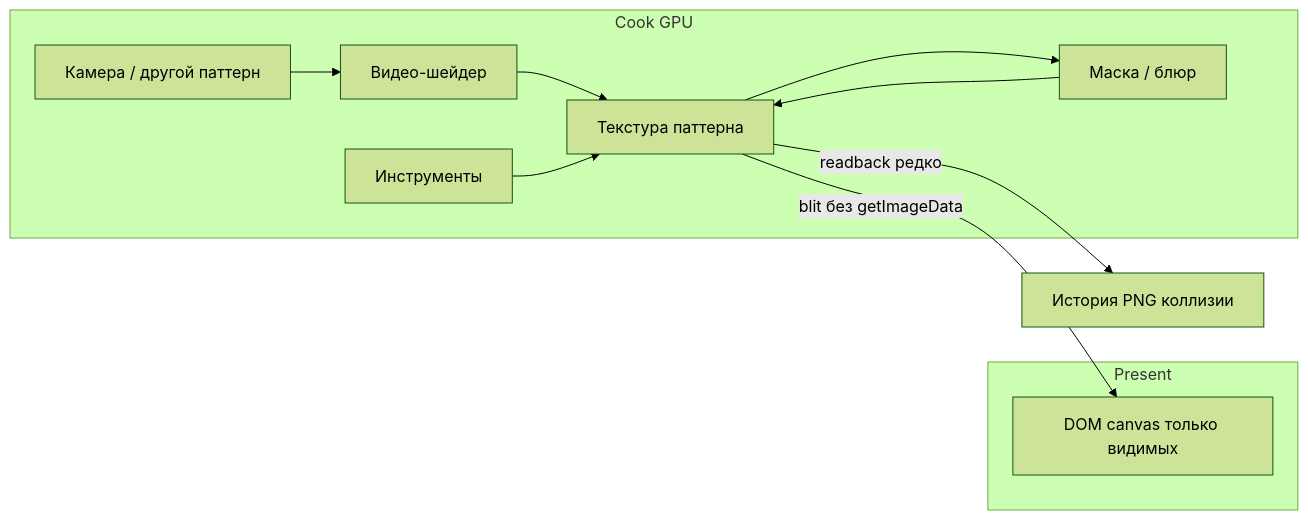
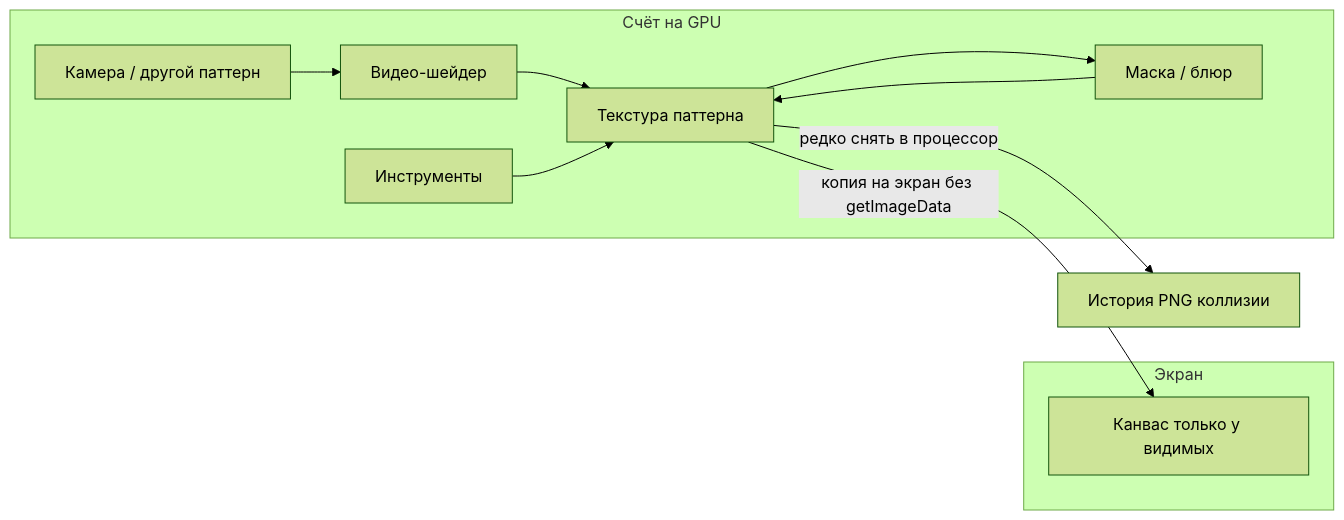
The diagram in docs/tasks/gpu-pipeline/roadmap.md (namenameemail/rasterscape), drawn with Mermaid (forest theme) before and after one commit. The commit also changed other lines of this file and 28 other files, not shown here.

````diff
--- a/docs/tasks/gpu-pipeline/roadmap.md
+++ b/docs/tasks/gpu-pipeline/roadmap.md
@@ -7,18 +7,18 @@
 ```mermaid
 flowchart LR
-    subgraph cook [Cook GPU]
+    subgraph cook [Счёт на GPU]
         Src[Камера / другой паттерн]
         Vid[Видео-шейдер]
         Draw[Инструменты]
         Comp[Маска / блюр]
         Buf[Текстура паттерна]
         Src --> Vid --> Buf
         Draw --> Buf
         Buf --> Comp --> Buf
     end
-    subgraph present [Present]
-        View[DOM canvas только видимых]
+    subgraph present [Экран]
+        View[Канвас только у видимых]
     end
-    Buf -->|"blit без getImageData"| View
-    Buf -->|"readback редко"| CPU[История PNG коллизии]
+    Buf -->|"копия на экран без getImageData"| View
+    Buf -->|"редко снять в процессор"| CPU[История PNG коллизии]
 ```
````
